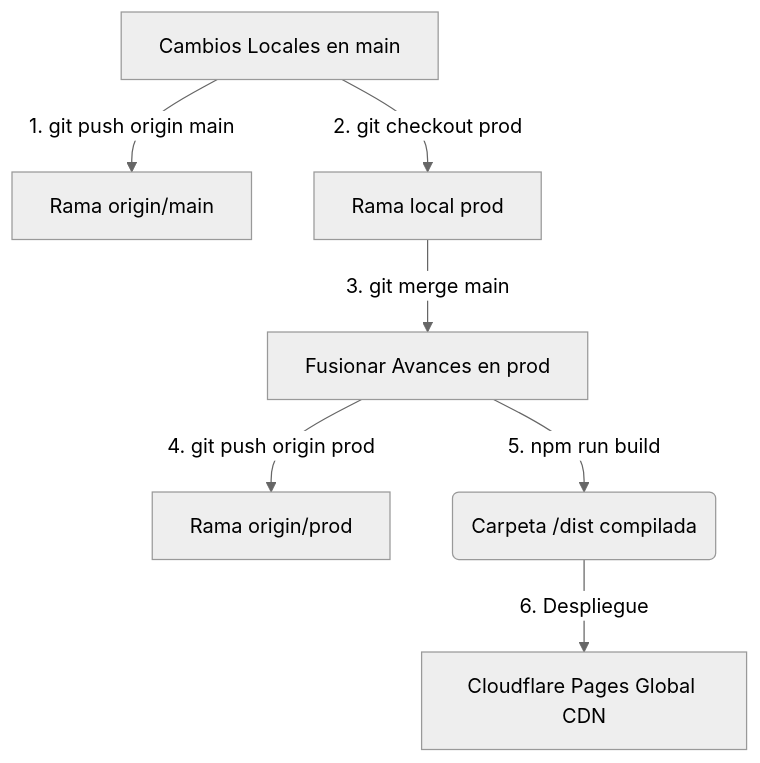
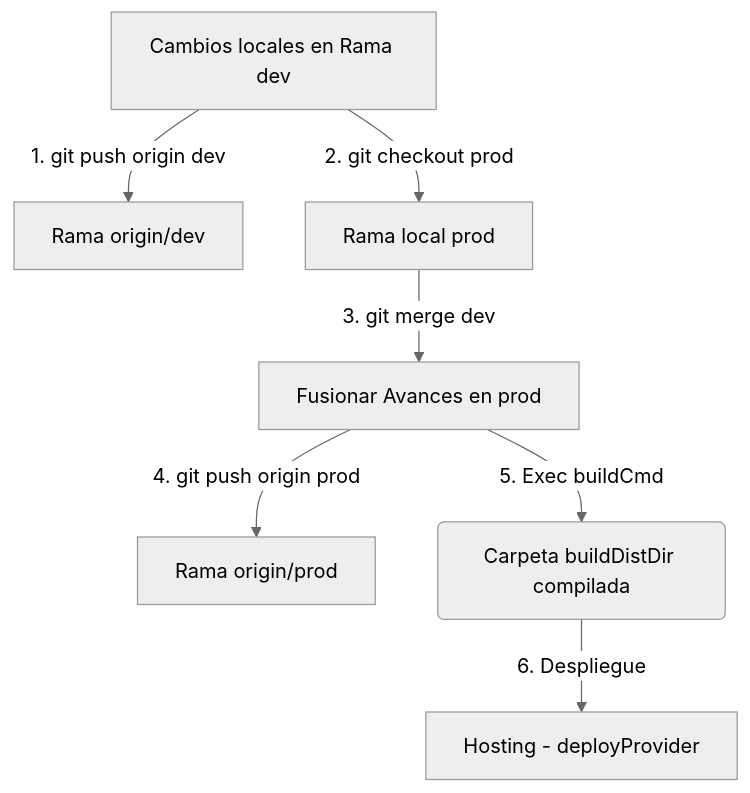
One commit to henryecamposs/dshopping-lite changed the diagram in DEPLOYMENT.md. Above: the diagram before and after it, drawn with Mermaid (neutral theme). The commit also changed other lines of this file and 6 other files, not shown here.

Commit message:
docs: modularizar modulo de despliegue haciendolo 100% agnostico mediante deploy.config.json

````diff
--- a/DEPLOYMENT.md
+++ b/DEPLOYMENT.md
@@ -11,9 +51,9 @@
 ```mermaid
 graph TD
-    A[Cambios Locales en main] -->|1. git push origin main| B[Rama origin/main]
+    A[Cambios locales en Rama dev] -->|1. git push origin dev| B[Rama origin/dev]
     A -->|2. git checkout prod| C[Rama local prod]
-    C -->|3. git merge main| D[Fusionar Avances en prod]
+    C -->|3. git merge dev| D[Fusionar Avances en prod]
     D -->|4. git push origin prod| E[Rama origin/prod]
-    D -->|5. npm run build| F(Carpeta /dist compilada)
-    F -->|6. Despliegue| G[Cloudflare Pages Global CDN]
+    D -->|5. Exec buildCmd| F(Carpeta buildDistDir compilada)
+    F -->|6. Despliegue| G[Hosting - deployProvider]
 ```
````
